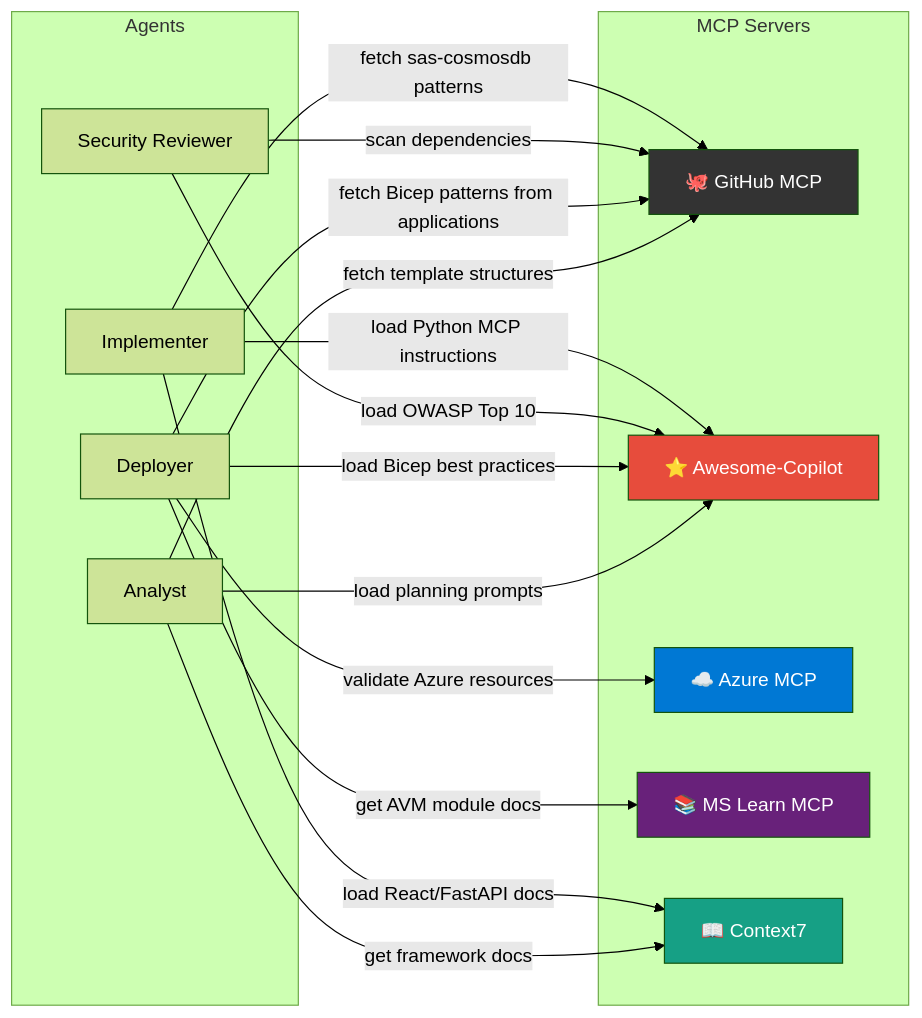
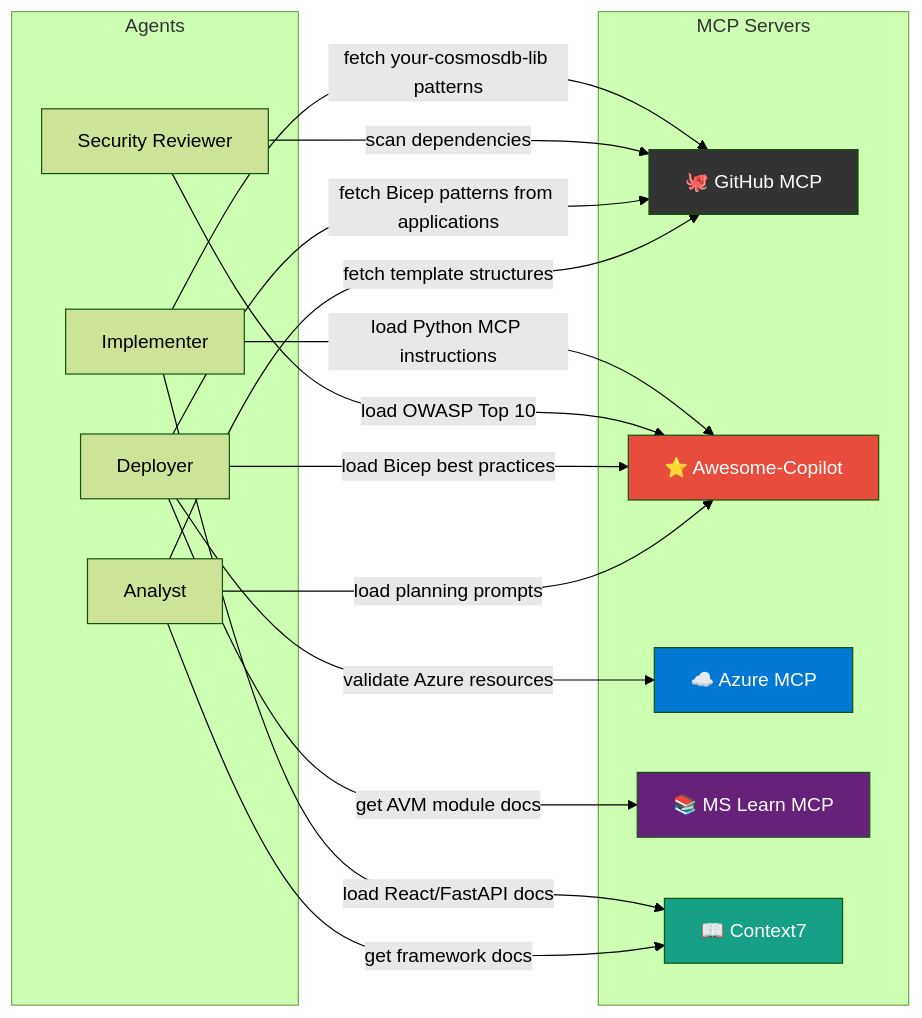
The third of 3 diagrams in README.md (Dongbumlee/sdlc-harness), drawn with Mermaid (forest theme) before and after one commit. The commit also changed other lines of this file and 63 other files, not shown here.

````diff
--- a/README.md
+++ b/README.md
@@ -388,39 +391,39 @@
  ```mermaid
  flowchart LR
      subgraph "MCP Servers"
          GH["🐙 GitHub MCP"]
          AC["⭐ Awesome-Copilot"]
          AZ["☁️ Azure MCP"]
          MD["📚 MS Learn MCP"]
          C7["📖 Context7"]
      end
 
      subgraph "Agents"
          Impl["Implementer"]
          Sec["Security Reviewer"]
          Deploy["Deployer"]
          Analyst2["Analyst"]
      end
 
-     Impl -->|"fetch sas-cosmosdb patterns"| GH
+     Impl -->|"fetch your-cosmosdb-lib patterns"| GH
      Impl -->|"load React/FastAPI docs"| C7
      Impl -->|"load Python MCP instructions"| AC
 
      Sec -->|"load OWASP Top 10"| AC
      Sec -->|"scan dependencies"| GH
 
      Deploy -->|"fetch Bicep patterns from applications"| GH
      Deploy -->|"load Bicep best practices"| AC
      Deploy -->|"validate Azure resources"| AZ
      Deploy -->|"get AVM module docs"| MD
 
      Analyst2 -->|"fetch template structures"| GH
      Analyst2 -->|"load planning prompts"| AC
      Analyst2 -->|"get framework docs"| C7
 
      style GH fill:#333,color:#fff
      style AC fill:#E74C3C,color:#fff
      style AZ fill:#0078D4,color:#fff
      style MD fill:#68217A,color:#fff
      style C7 fill:#16A085,color:#fff
  ```
````
